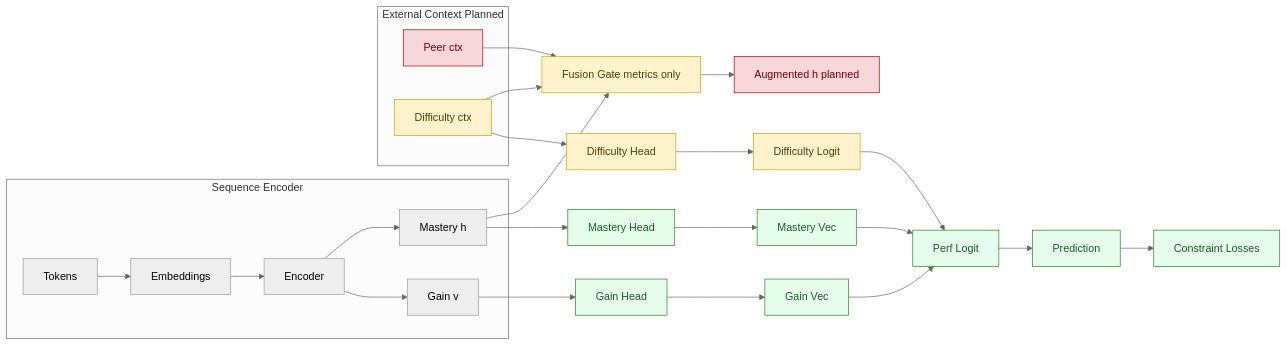
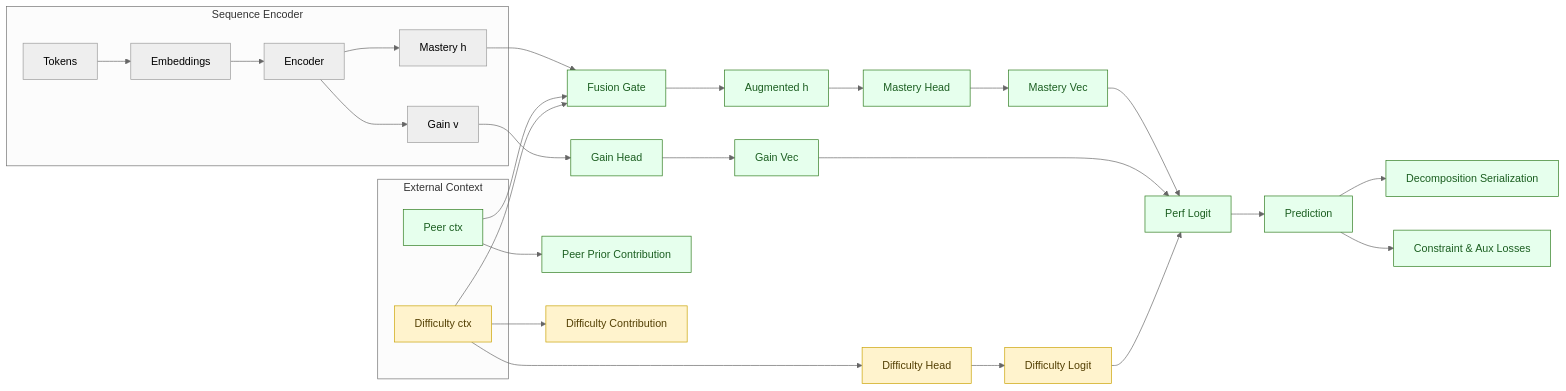
The second of 2 diagrams in assistant/gainakt3_architecture.md (clabra/pykt-toolkit), drawn with Mermaid (neutral theme) before and after one commit. The commit also changed other lines of this file and 19 other files, not shown here.

````diff
--- a/assistant/gainakt3_architecture.md
+++ b/assistant/gainakt3_architecture.md
@@ -111,38 +111,41 @@
 ```mermaid
 flowchart LR
   subgraph ENC[Sequence Encoder]
     A[Tokens] --> E[Embeddings]
     E --> T[Encoder]
     T --> H[Mastery h]
     T --> V[Gain v]
   end
 
-  subgraph EXT[External Context Planned]
-    P[Peer ctx]:::inactive
+  subgraph EXT[External Context]
+    P[Peer ctx]:::implemented
     D[Difficulty ctx]:::partial
   end
 
-  H --> G[Fusion Gate metrics only]:::partial
+  H --> G[Fusion Gate]:::implemented
   P --> G
   D --> G
 
-  G --> H2[Augmented h planned]:::inactive
-  H --> MHead[Mastery Head]:::implemented
+  G --> H2[Augmented h]:::implemented
+  H2 --> MHead[Mastery Head]:::implemented
   V --> GHead[Gain Head]:::implemented
   D --> DCal[Difficulty Head]:::partial
 
   MHead --> MV[Mastery Vec]:::implemented
   GHead --> GV[Gain Vec]:::implemented
   DCal --> DL[Difficulty Logit]:::partial
 
   MV --> LOGIT[Perf Logit]:::implemented
   GV --> LOGIT
   DL --> LOGIT
+  P --> PEERCONTR[Peer Prior Contribution]:::implemented
+  D --> DIFFCONTR[Difficulty Contribution]:::partial
 
   LOGIT --> PRED[Prediction]:::implemented
-  PRED --> C1[Constraint Losses]:::implemented
+  PRED --> DECOMP[Decomposition Serialization]:::implemented
+  PRED --> C1[Constraint & Aux Losses]:::implemented
 
   classDef implemented fill:#e6ffed,stroke:#2c7a1b,color:#1b5e20;
   classDef partial fill:#fff3cd,stroke:#c9a200,color:#533f03;
   classDef inactive fill:#f8d7da,stroke:#a10000,color:#7d0000;
 ```
````
